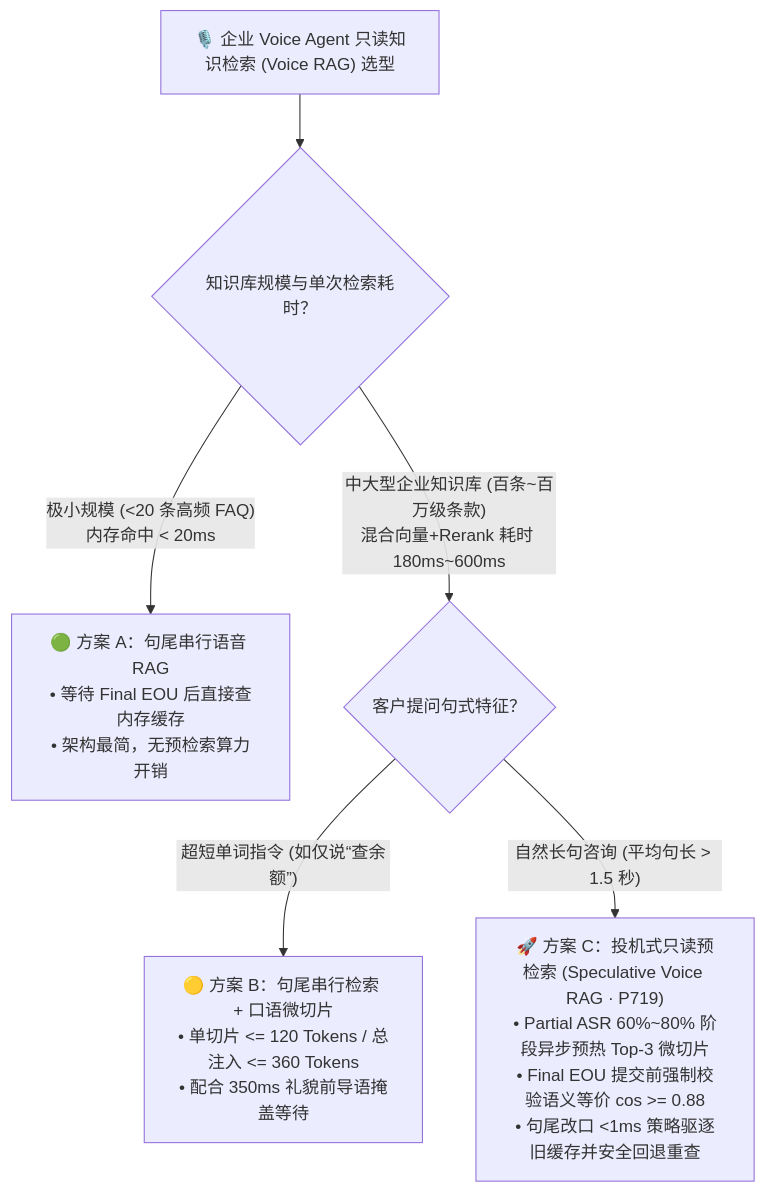
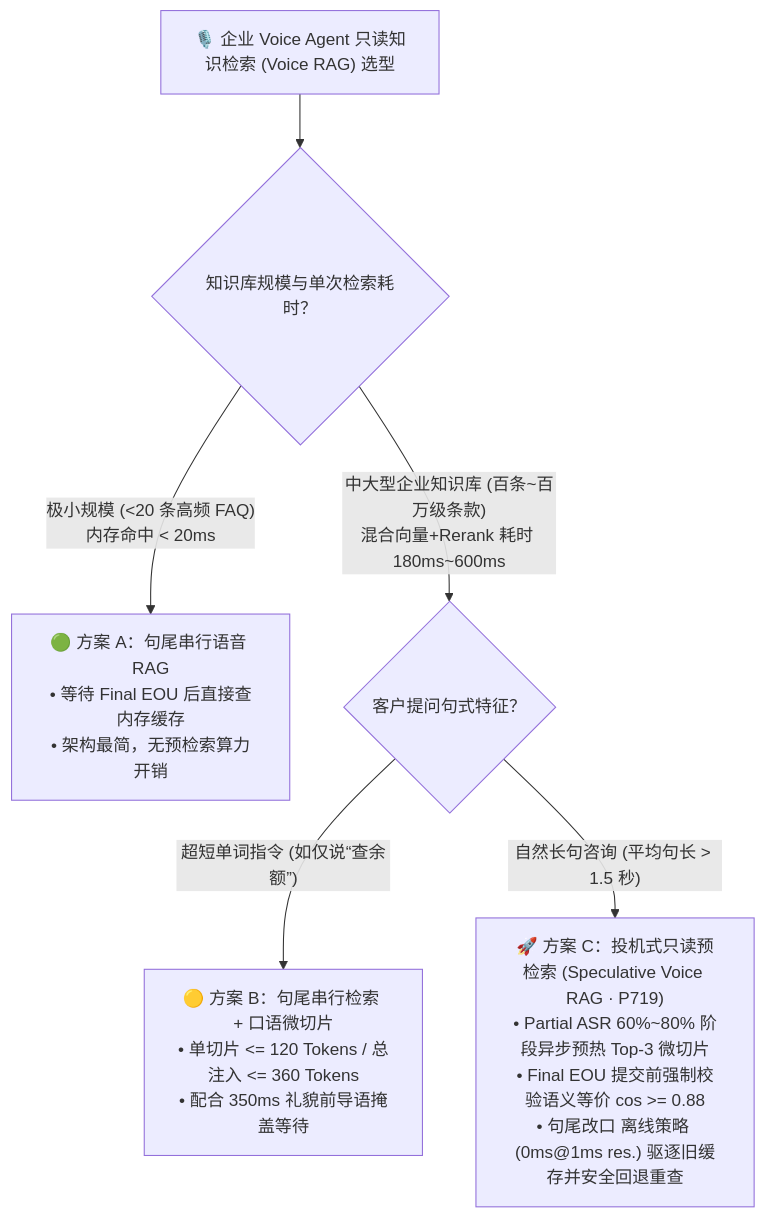
The first of 3 diagrams in voice/speculative-voice-rag-faq.md (turbo998/turbo998.github.io), drawn with Mermaid before and after one commit. The commit also changed other lines of this file and 43 other files, not shown here.

````diff
--- a/voice/speculative-voice-rag-faq.md
+++ b/voice/speculative-voice-rag-faq.md
@@ -63,10 +63,10 @@
 ```mermaid
 flowchart TD
     Start["🎙️ 企业 Voice Agent 只读知识检索 (Voice RAG) 选型"] --> Q1{"知识库规模与单次检索耗时？"}
 
     Q1 -- "极小规模 (<20 条高频 FAQ)\n内存命中 < 20ms" --> SerialRAG["🟢 方案 A：句尾串行语音 RAG\n• 等待 Final EOU 后直接查内存缓存\n• 架构最简，无预检索算力开销"]
     Q1 -- "中大型企业知识库 (百条~百万级条款)\n混合向量+Rerank 耗时 180ms~600ms" --> Q2{"客户提问句式特征？"}
 
     Q2 -- "超短单词指令 (如仅说“查余额”)" --> SerialMicro["🟡 方案 B：句尾串行检索 + 口语微切片\n• 单切片 <= 120 Tokens / 总注入 <= 360 Tokens\n• 配合 350ms 礼貌前导语掩盖等待"]
-    Q2 -- "自然长句咨询 (平均句长 > 1.5 秒)" --> SpecRAG["🚀 方案 C：投机式只读预检索 (Speculative Voice RAG · P719)\n• Partial ASR 60%~80% 阶段异步预热 Top-3 微切片\n• Final EOU 提交前强制校验语义等价 cos >= 0.88\n• 句尾改口 <1ms 策略驱逐旧缓存并安全回退重查"]
+    Q2 -- "自然长句咨询 (平均句长 > 1.5 秒)" --> SpecRAG["🚀 方案 C：投机式只读预检索 (Speculative Voice RAG · P719)\n• Partial ASR 60%~80% 阶段异步预热 Top-3 微切片\n• Final EOU 提交前强制校验语义等价 cos >= 0.88\n• 句尾改口 离线策略 (0ms@1ms res.) 驱逐旧缓存并安全回退重查"]
 ```
````
